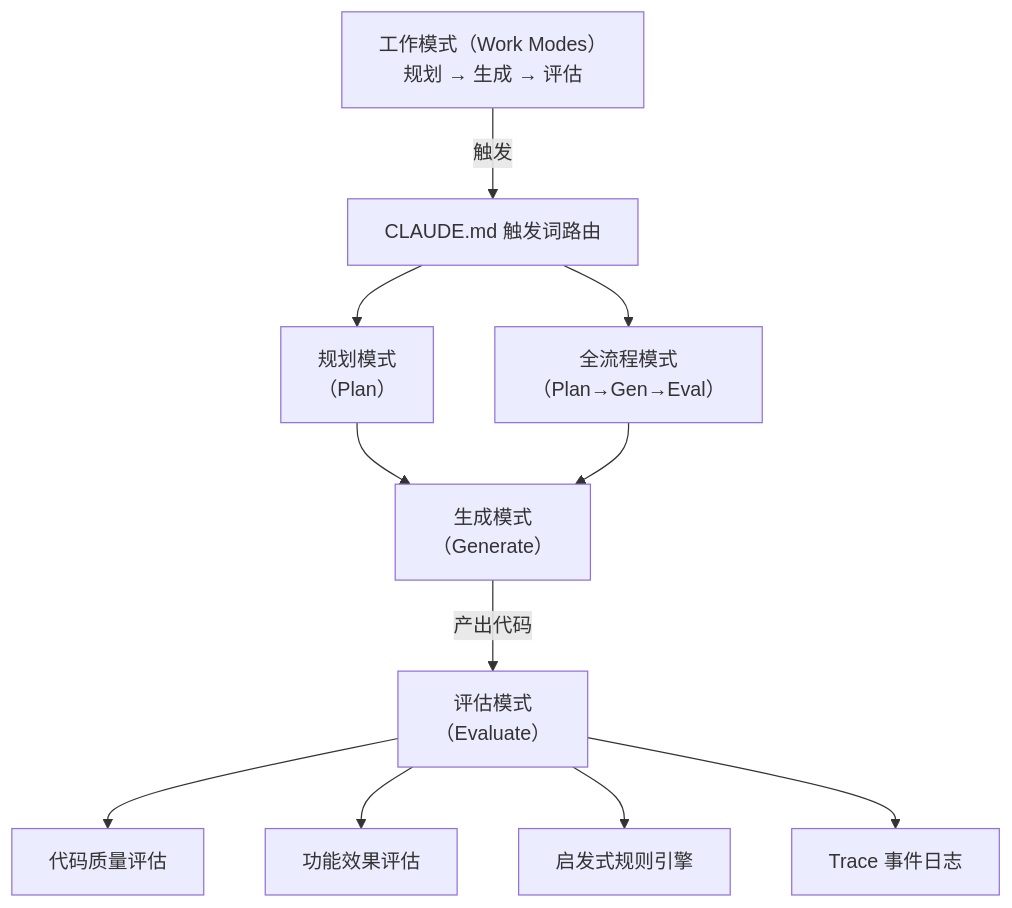
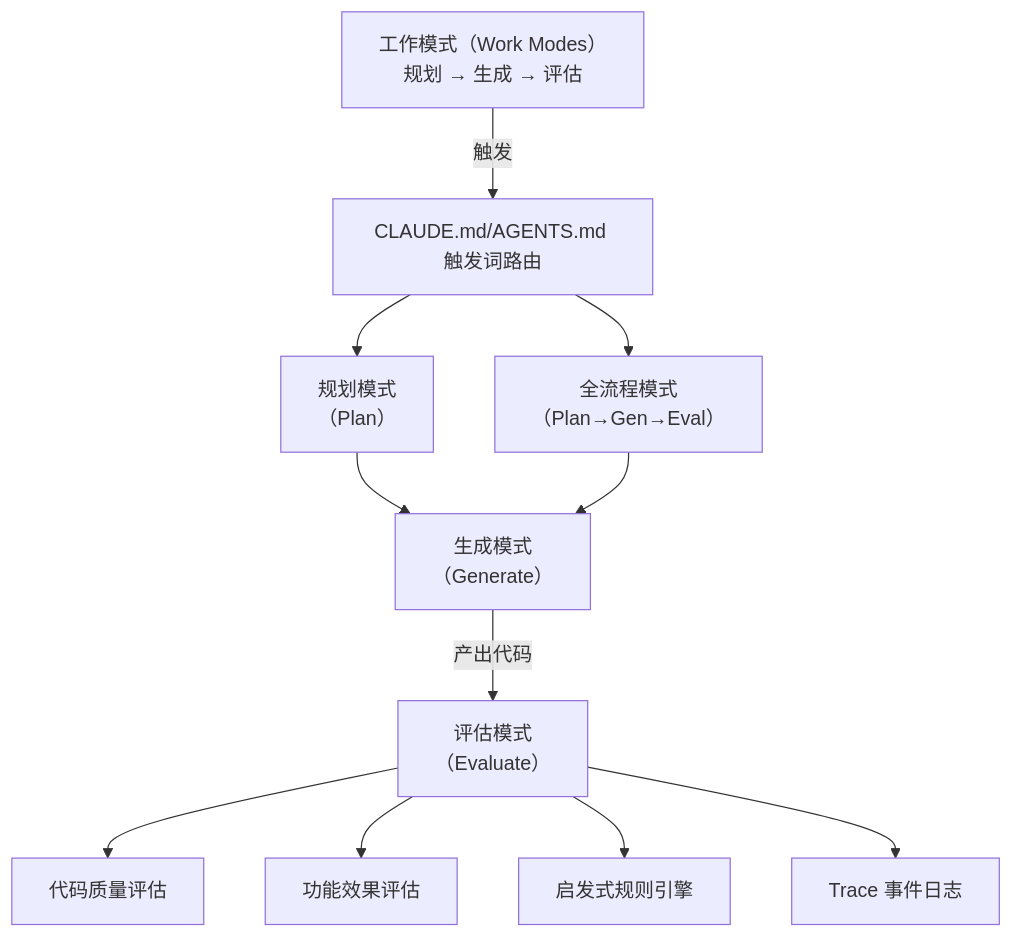
One commit to pancake-lee/photo-agent changed the diagram in docs/harness.md. Above: the diagram before and after it, drawn with Mermaid. The commit also changed other lines of this file and 9 other files, not shown here.

````diff
--- a/docs/harness.md
+++ b/docs/harness.md
@@ -10,14 +10,14 @@
 ```mermaid
 flowchart TD
     A["工作模式（Work Modes）<br>规划 → 生成 → 评估"]
-    A -->|触发| B["CLAUDE.md 触发词路由"]
+    A -->|触发| B["CLAUDE.md/AGENTS.md 触发词路由"]
     B --> C["规划模式<br>（Plan）"]
     B --> D["全流程模式<br>（Plan→Gen→Eval）"]
     C --> E["生成模式<br>（Generate）"]
     D --> E
     E -->|产出代码| F["评估模式<br>（Evaluate）"]
     F --> G["代码质量评估"]
     F --> H["功能效果评估"]
     F --> I["启发式规则引擎"]
     F --> J["Trace 事件日志"]
 ```
````
